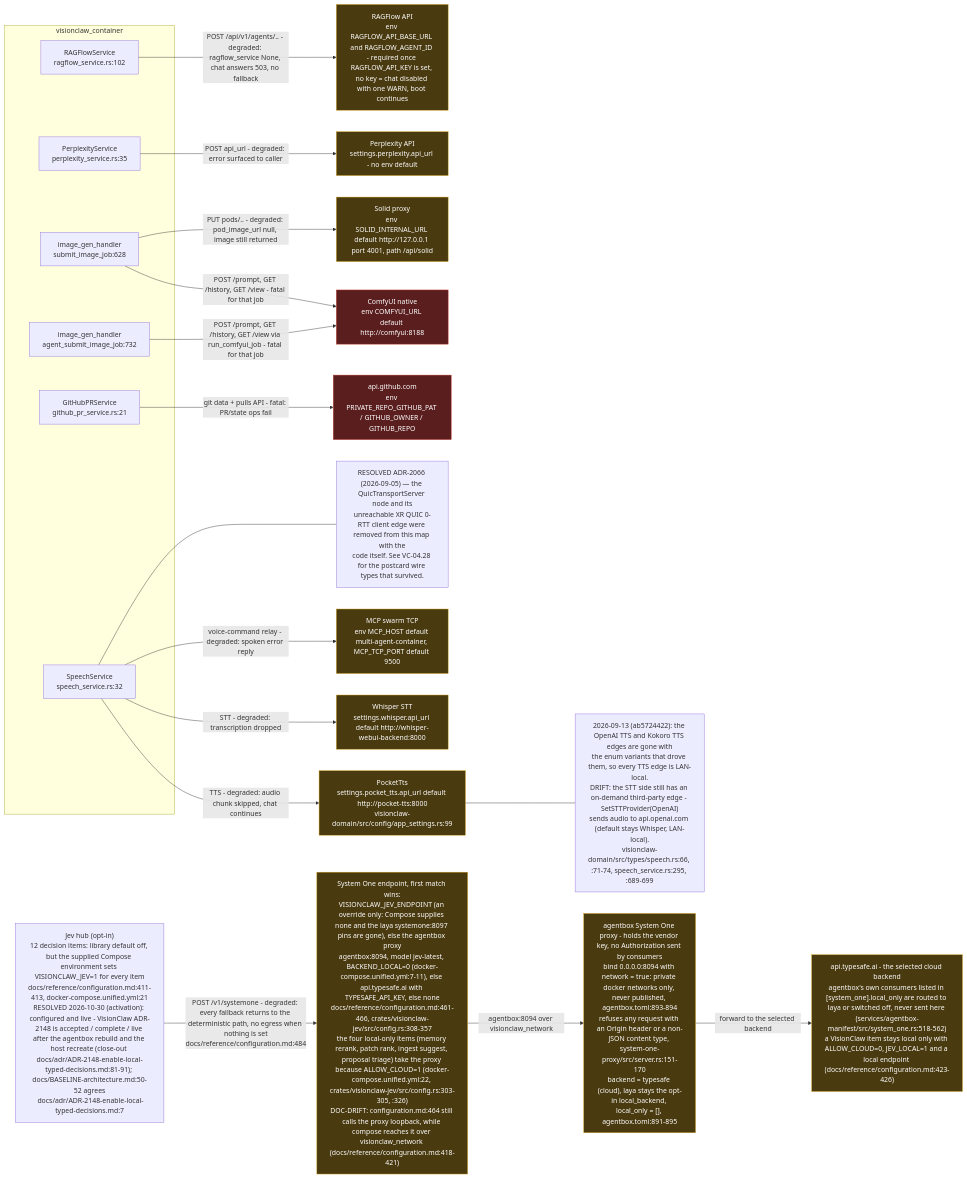
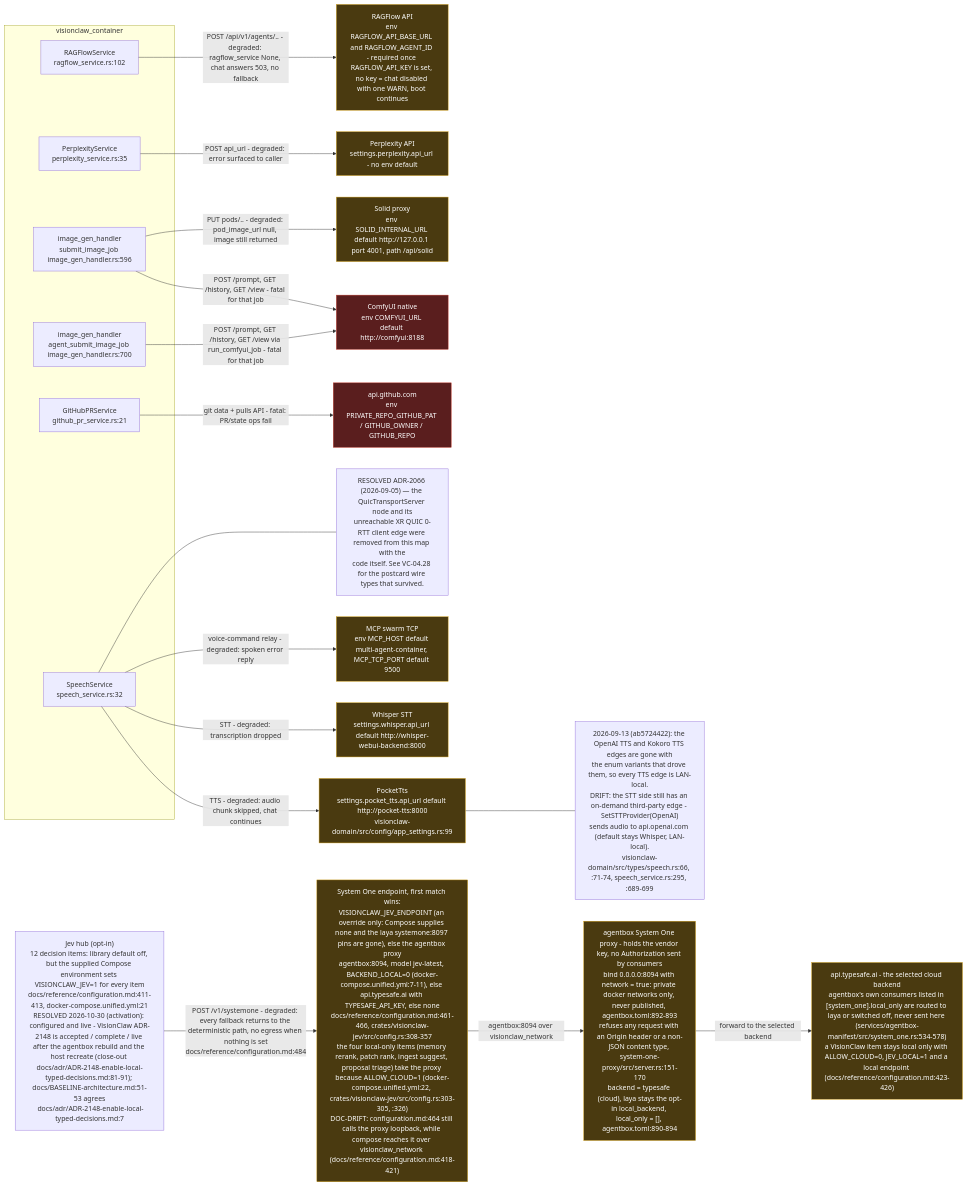
The eighth of 8 diagrams in docs/diagrams/visionclaw/28-external-services.md (DreamLab-AI/VisionFlow), drawn with Mermaid before and after one commit. The commit also changed other lines of this file and 173 other files, not shown here.

First line of the commit message:
docs(audit): estate audit wave 3, agentbox and VisionClaw; ledger complete

````diff
--- a/docs/diagrams/visionclaw/28-external-services.md
+++ b/docs/diagrams/visionclaw/28-external-services.md
@@ -383,47 +387,47 @@
 ```mermaid
 flowchart LR
     subgraph app["visionclaw_container"]
         RS["RAGFlowService<br/>ragflow_service.rs:102"]
         PS["PerplexityService<br/>perplexity_service.rs:35"]
-        IG["image_gen_handler<br/>submit_image_job:628"]
-        AG["image_gen_handler<br/>agent_submit_image_job:732"]
+        IG["image_gen_handler<br/>submit_image_job image_gen_handler.rs:596"]
+        AG["image_gen_handler<br/>agent_submit_image_job image_gen_handler.rs:700"]
         GH["GitHubPRService<br/>github_pr_service.rs:21"]
         SS["SpeechService<br/>speech_service.rs:32"]
     end
 
     RF["RAGFlow API<br/>env RAGFLOW_API_BASE_URL and RAGFLOW_AGENT_ID - required once RAGFLOW_API_KEY is set, no key = chat disabled with one WARN, boot continues"]
     PX["Perplexity API<br/>settings.perplexity.api_url - no env default"]
     CFU["ComfyUI native<br/>env COMFYUI_URL default http://comfyui:8188"]
     SOL["Solid proxy<br/>env SOLID_INTERNAL_URL default http://127.0.0.1 port 4001, path /api/solid"]
     GHA["api.github.com<br/>env PRIVATE_REPO_GITHUB_PAT / GITHUB_OWNER / GITHUB_REPO"]
     PT["PocketTts<br/>settings.pocket_tts.api_url default http://pocket-tts:8000<br/>visionclaw-domain/src/config/app_settings.rs:99"]
     WHI["Whisper STT<br/>settings.whisper.api_url default http://whisper-webui-backend:8000"]
     MCPS["MCP swarm TCP<br/>env MCP_HOST default multi-agent-container, MCP_TCP_PORT default 9500"]
 
     RS -->|"POST /api/v1/agents/.. - degraded: ragflow_service None, chat answers 503, no fallback"| RF
     PS -->|"POST api_url - degraded: error surfaced to caller"| PX
     IG -->|"POST /prompt, GET /history, GET /view - fatal for that job"| CFU
     AG -->|"POST /prompt, GET /history, GET /view via run_comfyui_job - fatal for that job"| CFU
     IG -->|"PUT pods/.. - degraded: pod_image_url null, image still returned"| SOL
     GH -->|"git data + pulls API - fatal: PR/state ops fail"| GHA
     SS -->|"TTS - degraded: audio chunk skipped, chat continues"| PT
     SS -->|"STT - degraded: transcription dropped"| WHI
     SS -->|"voice-command relay - degraded: spoken error reply"| MCPS
-    JV["Jev hub (opt-in)<br/>12 decision items: library default off, but the supplied Compose environment sets VISIONCLAW_JEV=1 for every item<br/>docs/reference/configuration.md:411-413, docker-compose.unified.yml:21<br/>RESOLVED 2026-10-30 (activation): configured and live - VisionClaw ADR-2148 is accepted / complete / live after the agentbox rebuild and the host recreate (close-out docs/adr/ADR-2148-enable-local-typed-decisions.md:81-91); docs/BASELINE-architecture.md:50-52 agrees<br/> docs/adr/ADR-2148-enable-local-typed-decisions.md:7"]
+    JV["Jev hub (opt-in)<br/>12 decision items: library default off, but the supplied Compose environment sets VISIONCLAW_JEV=1 for every item<br/>docs/reference/configuration.md:411-413, docker-compose.unified.yml:21<br/>RESOLVED 2026-10-30 (activation): configured and live - VisionClaw ADR-2148 is accepted / complete / live after the agentbox rebuild and the host recreate (close-out docs/adr/ADR-2148-enable-local-typed-decisions.md:81-91); docs/BASELINE-architecture.md:51-53 agrees<br/> docs/adr/ADR-2148-enable-local-typed-decisions.md:7"]
     JEP["System One endpoint, first match wins:<br/>VISIONCLAW_JEV_ENDPOINT (an override only: Compose supplies none and the laya systemone:8097 pins are gone), else the agentbox proxy<br/>agentbox:8094, model jev-latest, BACKEND_LOCAL=0 (docker-compose.unified.yml:7-11), else api.typesafe.ai with TYPESAFE_API_KEY, else none<br/>docs/reference/configuration.md:461-466, crates/visionclaw-jev/src/config.rs:308-357<br/>the four local-only items (memory rerank, patch rank, ingest suggest, proposal triage) take the proxy because ALLOW_CLOUD=1 (docker-compose.unified.yml:22, crates/visionclaw-jev/src/config.rs:303-305, :326)<br/>DOC-DRIFT: configuration.md:464 still calls the proxy loopback, while compose reaches it over visionclaw_network (docs/reference/configuration.md:418-421)"]
-    AB["agentbox System One proxy - holds the vendor key, no Authorization sent by consumers<br/>bind 0.0.0.0:8094 with network = true: private docker networks only, never published, agentbox.toml:893-894<br/>refuses any request with an Origin header or a non-JSON content type, system-one-proxy/src/server.rs:151-170<br/>backend = typesafe (cloud), laya stays the opt-in local_backend, local_only = [], agentbox.toml:891-895"]
-    TS["api.typesafe.ai - the selected cloud backend<br/>agentbox's own consumers listed in [system_one].local_only are routed to laya or switched off, never sent here (services/agentbox-manifest/src/system_one.rs:518-562)<br/>a VisionClaw item stays local only with ALLOW_CLOUD=0, JEV_LOCAL=1 and a local endpoint (docs/reference/configuration.md:423-426)"]
+    AB["agentbox System One proxy - holds the vendor key, no Authorization sent by consumers<br/>bind 0.0.0.0:8094 with network = true: private docker networks only, never published, agentbox.toml:892-893<br/>refuses any request with an Origin header or a non-JSON content type, system-one-proxy/src/server.rs:151-170<br/>backend = typesafe (cloud), laya stays the opt-in local_backend, local_only = [], agentbox.toml:890-894"]
+    TS["api.typesafe.ai - the selected cloud backend<br/>agentbox's own consumers listed in [system_one].local_only are routed to laya or switched off, never sent here (services/agentbox-manifest/src/system_one.rs:534-578)<br/>a VisionClaw item stays local only with ALLOW_CLOUD=0, JEV_LOCAL=1 and a local endpoint (docs/reference/configuration.md:423-426)"]
     JV -->|"POST /v1/systemone - degraded: every fallback returns to the deterministic path, no egress when nothing is set<br/>docs/reference/configuration.md:484"| JEP
     JEP -->|"agentbox:8094 over visionclaw_network"| AB
     AB -->|"forward to the selected backend"| TS
 
     N1["RESOLVED ADR-2066 (2026-09-05) — the QuicTransportServer node and its<br/>unreachable XR QUIC 0-RTT client edge were removed from this map with the<br/>code itself. See VC-04.28 for the postcard wire types that survived."]
     SS --- N1
     N2["2026-09-13 (ab5724422): the OpenAI TTS and Kokoro TTS edges are gone with<br/>the enum variants that drove them, so every TTS edge is LAN-local.<br/>DRIFT: the STT side still has an on-demand third-party edge - SetSTTProvider(OpenAI)<br/>sends audio to api.openai.com (default stays Whisper, LAN-local).<br/>visionclaw-domain/src/types/speech.rs:66, :71-74, speech_service.rs:295, :689-699"]
     PT --- N2
 
     classDef fatal fill:#5a1e1e,stroke:#c0392b,color:#fff
     classDef degraded fill:#4a3a10,stroke:#d4a017,color:#fff
     class GHA,CFU fatal
     class RF,PX,SOL,PT,WHI,MCPS,JEP,AB,TS degraded
 ```
````
